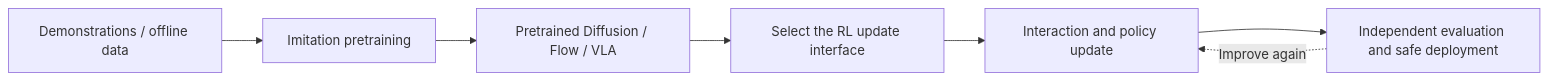
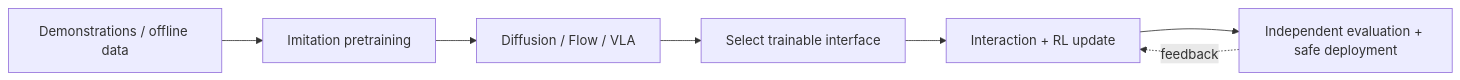
One commit to zengxiong111/Foundation_of_Embodied_AI changed the first of 4 diagrams in md/RL_Post_Training_EN.md. Above: the diagram before and after it, drawn with Mermaid. The commit also changed other lines of this file and 24 other files, not shown here.

````diff
--- a/md/RL_Post_Training_EN.md
+++ b/md/RL_Post_Training_EN.md
@@ -31,10 +17,9 @@
 ```mermaid
-%% FIG: pipeline
 flowchart LR
   D["Demonstrations / offline data"] --> P["Imitation pretraining"]
-  P --> B["Pretrained Diffusion / Flow / VLA"]
-  B --> R["Select the RL update interface"]
-  R --> U["Interaction and policy update"]
-  U --> E["Independent evaluation and safe deployment"]
-  E -.->|Improve again| U
+  P --> B["Diffusion / Flow / VLA"]
+  B --> I["Select trainable interface"]
+  I --> T["Interaction + RL update"]
+  T --> E["Independent evaluation + safe deployment"]
+  E -.->|feedback| T
 ```
````
